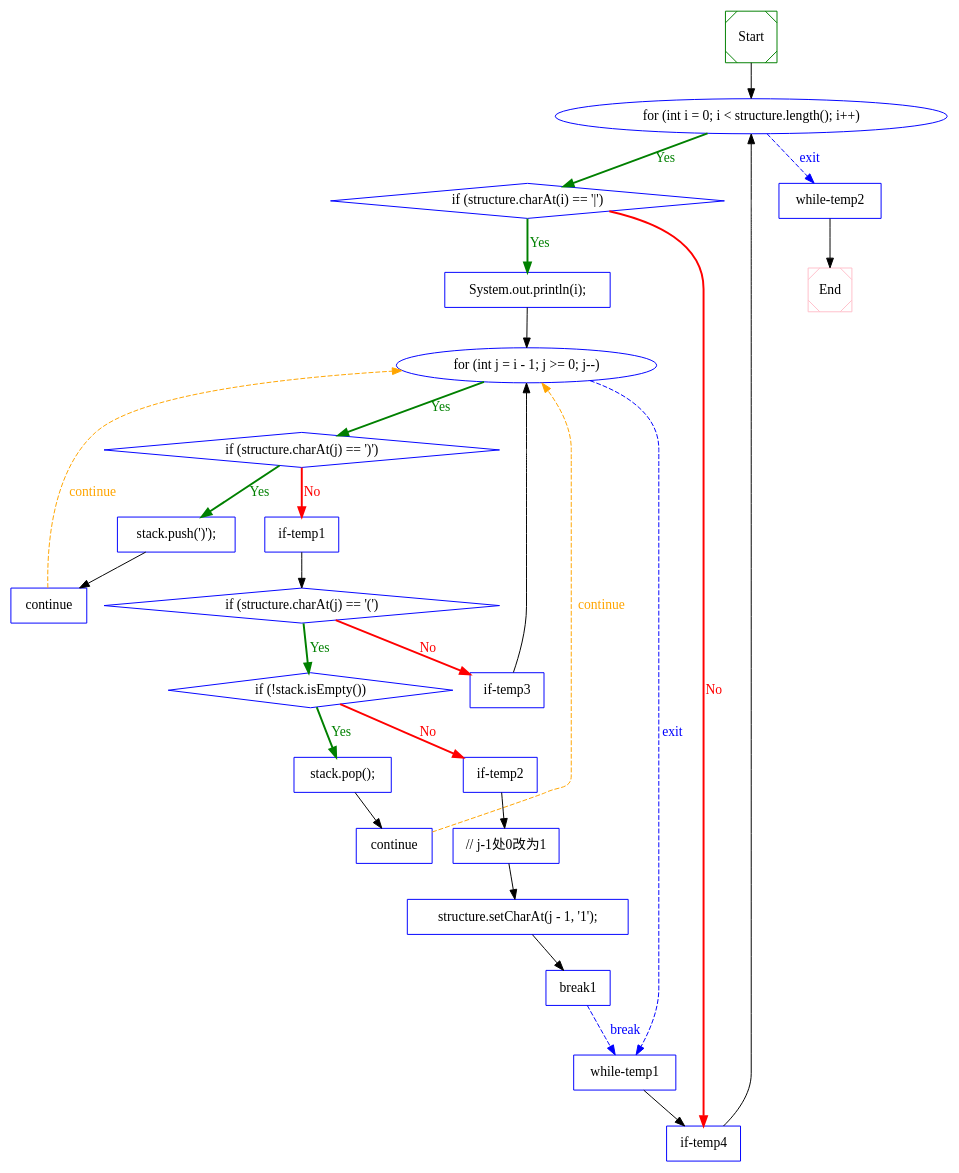
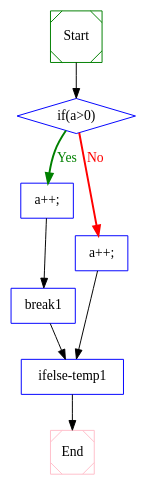
The diagram in out/test.dot (Naplues/Static-Analysis), drawn with Graphviz before and after one commit. The commit also changed 3 other files, not shown here.

```diff
--- a/out/test.dot
+++ b/out/test.dot
@@ -1,73 +1,23 @@
 digraph CFG {
  1  [shape = Msquare, color = green, label = "Start", ]
- 2  [shape = ellipse, color = blue, label = "for (int i = 0; i < structure.length(); i++)", ]
- 3  [shape = diamond, color = blue, label = "if (structure.charAt(i) == '|')", ]
- 4  [shape = box, color = blue, label = "System.out.println(i);", ]
- 5  [shape = ellipse, color = blue, label = "for (int j = i - 1; j >= 0; j--)", ]
- 6  [shape = diamond, color = blue, label = "if (structure.charAt(j) == ')')", ]
- 7  [shape = box, color = blue, label = "stack.push(')');", ]
- 8  [shape = box, color = blue, label = "continue", ]
- 9  [shape = box, color = blue, label = "if-temp1", ]
- 10  [shape = diamond, color = blue, label = "if (structure.charAt(j) == '(')", ]
- 11  [shape = diamond, color = blue, label = "if (!stack.isEmpty())", ]
- 12  [shape = box, color = blue, label = "stack.pop();", ]
- 13  [shape = box, color = blue, label = "continue", ]
- 14  [shape = box, color = blue, label = "if-temp2", ]
- 15  [shape = box, color = blue, label = "// j-1处0改为1", ]
- 16  [shape = box, color = blue, label = "structure.setCharAt(j - 1, '1');", ]
- 17  [shape = box, color = blue, label = "break1", ]
- 18  [shape = box, color = blue, label = "if-temp3", ]
- 19  [shape = box, color = blue, label = "while-temp1", ]
- 20  [shape = box, color = blue, label = "if-temp4", ]
- 21  [shape = box, color = blue, label = "while-temp2", ]
- 22  [shape = Msquare, color = pink, label = "End", ]
+ 2  [shape = diamond, color = blue, label = "if(a>0)", ]
+ 3  [shape = box, color = blue, label = "a++;", ]
+ 4  [shape = box, color = blue, label = "break1", ]
+ 5  [shape = box, color = blue, label = "a++;", ]
+ 6  [shape = box, color = blue, label = "ifelse-temp1", ]
+ 7  [shape = Msquare, color = pink, label = "End", ]
  1  ->  2  [style = solid, label="", fillcolor = black, color = black, fontcolor = black]
 
- 2  ->  21  [style = dashed, label="exit", fillcolor = blue, color = blue, fontcolor = blue]
+ 2  ->  5  [style = bold, label="No", fillcolor = red, color = red, fontcolor = red]
  2  ->  3  [style = bold, label="Yes", fillcolor = green, color = green, fontcolor = green]
 
- 3  ->  20  [style = bold, label="No", fillcolor = red, color = red, fontcolor = red]
- 3  ->  4  [style = bold, label="Yes", fillcolor = green, color = green, fontcolor = green]
+ 3  ->  4  [style = solid, label="", fillcolor = black, color = black, fontcolor = black]
 
- 4  ->  5  [style = solid, label="", fillcolor = black, color = black, fontcolor = black]
+ 4  ->  6  [style = solid, label="", fillcolor = black, color = black, fontcolor = black]
 
- 5  ->  19  [style = dashed, label="exit", fillcolor = blue, color = blue, fontcolor = blue]
- 5  ->  6  [style = bold, label="Yes", fillcolor = green, color = green, fontcolor = green]
+ 5  ->  6  [style = solid, label="", fillcolor = black, color = black, fontcolor = black]
 
- 6  ->  9  [style = bold, label="No", fillcolor = red, color = red, fontcolor = red]
- 6  ->  7  [style = bold, label="Yes", fillcolor = green, color = green, fontcolor = green]
-
- 7  ->  8  [style = solid, label="", fillcolor = black, color = black, fontcolor = black]
-
- 8  ->  5  [style = dashed, label="continue", fillcolor = orange, color = orange, fontcolor = orange]
-
- 9  ->  10  [style = solid, label="", fillcolor = black, color = black, fontcolor = black]
-
- 10  ->  18  [style = bold, label="No", fillcolor = red, color = red, fontcolor = red]
- 10  ->  11  [style = bold, label="Yes", fillcolor = green, color = green, fontcolor = green]
-
- 11  ->  14  [style = bold, label="No", fillcolor = red, color = red, fontcolor = red]
- 11  ->  12  [style = bold, label="Yes", fillcolor = green, color = green, fontcolor = green]
-
- 12  ->  13  [style = solid, label="", fillcolor = black, color = black, fontcolor = black]
-
- 13  ->  5  [style = dashed, label="continue", fillcolor = orange, color = orange, fontcolor = orange]
-
- 14  ->  15  [style = solid, label="", fillcolor = black, color = black, fontcolor = black]
-
- 15  ->  16  [style = solid, label="", fillcolor = black, color = black, fontcolor = black]
-
- 16  ->  17  [style = solid, label="", fillcolor = black, color = black, fontcolor = black]
-
- 17  ->  19  [style = dashed, label="break", fillcolor = blue, color = blue, fontcolor = blue]
-
- 18  ->  5  [style = solid, label="", fillcolor = black, color = black, fontcolor = black]
-
- 19  ->  20  [style = solid, label="", fillcolor = black, color = black, fontcolor = black]
-
- 20  ->  2  [style = solid, label="", fillcolor = black, color = black, fontcolor = black]
-
- 21  ->  22  [style = solid, label="", fillcolor = black, color = black, fontcolor = black]
+ 6  ->  7  [style = solid, label="", fillcolor = black, color = black, fontcolor = black]
 
 
 }
```
